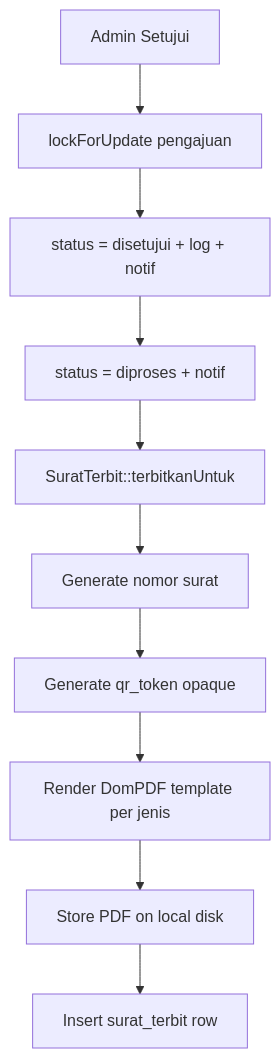
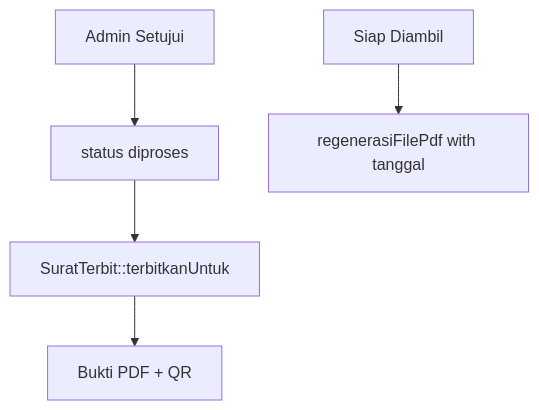
Before and after one commit to ZulfikarHD/sistem-desa: the diagram in docs/dev-docs/features/generate-surat-pdf.md, drawn with Mermaid. The commit also changed other lines of this file and 74 other files, not shown here.

First line of the commit message:
feat(surat): ubah PDF jadi bukti pengambilan dan tambah Pengaturan Desa

````diff
--- a/docs/dev-docs/features/generate-surat-pdf.md
+++ b/docs/dev-docs/features/generate-surat-pdf.md
@@ -9,12 +9,7 @@
 ```mermaid
 flowchart TD
-    A[Admin Setujui] --> B[lockForUpdate pengajuan]
-    B --> C[status = disetujui + log + notif]
-    C --> D[status = diproses + notif]
-    D --> E[SuratTerbit::terbitkanUntuk]
-    E --> F[Generate nomor surat]
-    F --> G[Generate qr_token opaque]
-    G --> H[Render DomPDF template per jenis]
-    H --> I[Store PDF on local disk]
-    I --> J[Insert surat_terbit row]
+    A[Admin Setujui] --> B[status diproses]
+    B --> C[SuratTerbit::terbitkanUntuk]
+    C --> D[Bukti PDF + QR]
+    E[Siap Diambil] --> F[regenerasiFilePdf with tanggal]
 ```
````
